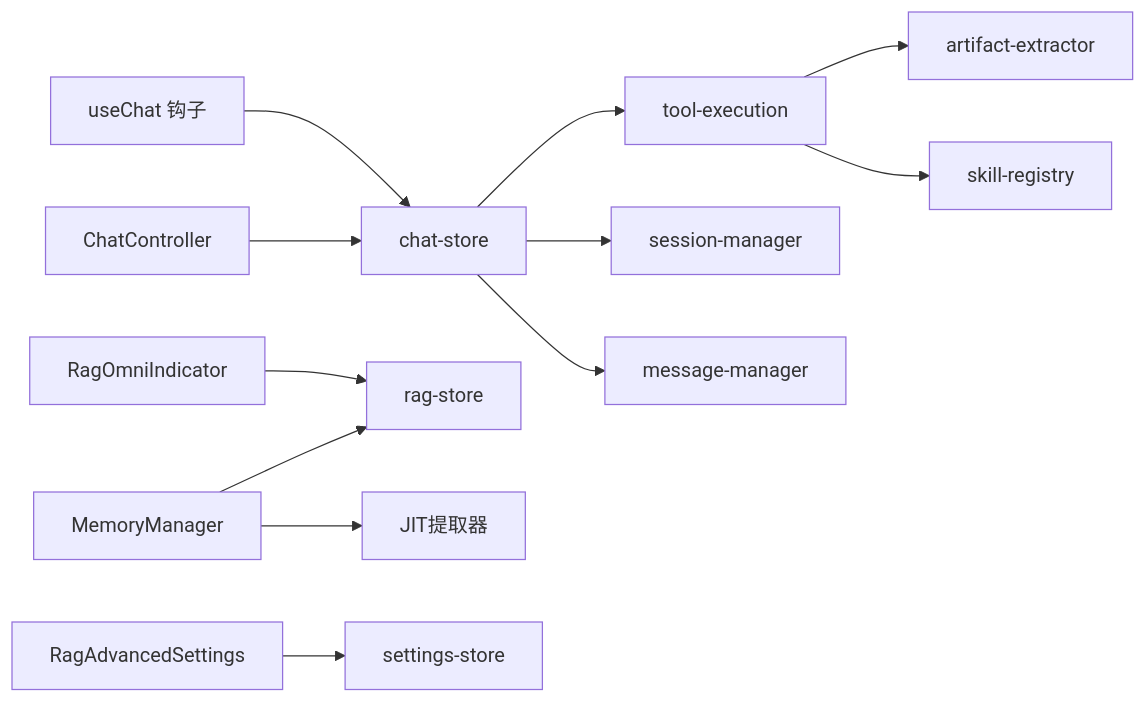
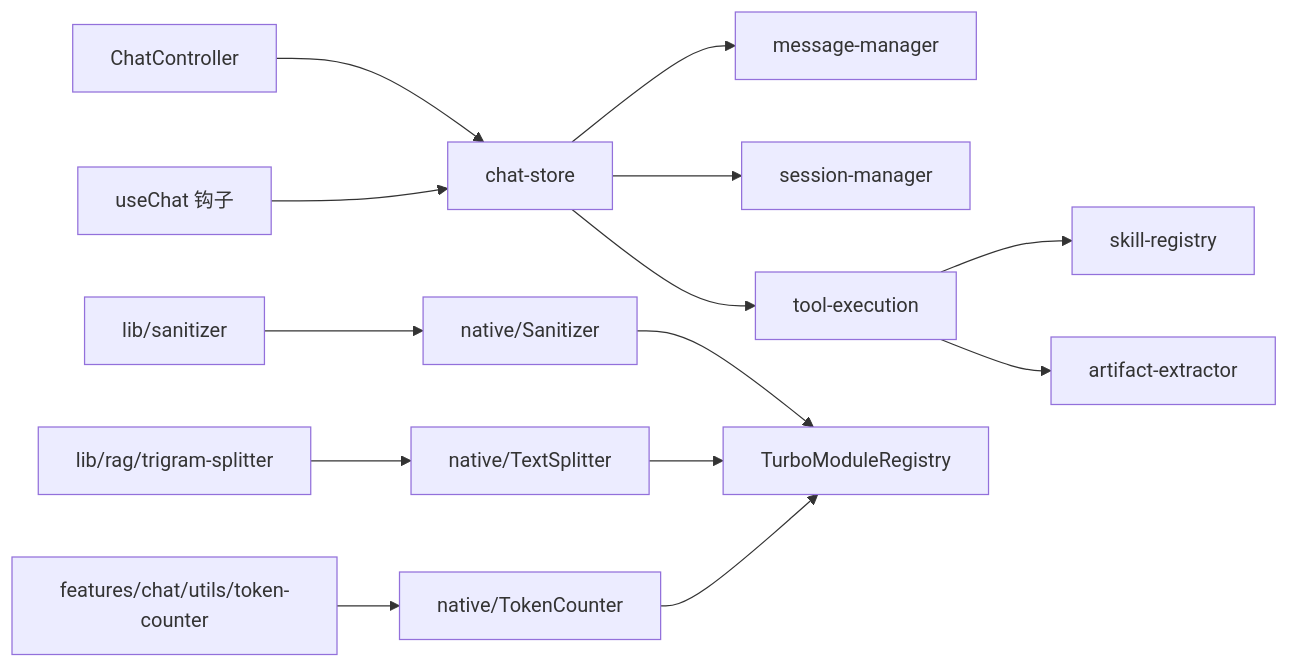
Diagram 21 of 21 in .qoder/repowiki/zh/content/聊天系统详解/聊天系统详解.md (NarcisWL/Nexara), drawn with Mermaid before and after one commit. The commit also changed other lines of this file and 5 other files, not shown here.

````diff
--- a/.qoder/repowiki/zh/content/聊天系统详解/聊天系统详解.md
+++ b/.qoder/repowiki/zh/content/聊天系统详解/聊天系统详解.md
@@ -468,14 +723,16 @@
 ```mermaid
 graph LR
 ChatController["ChatController"] --> ChatStore["chat-store"]
 ChatStore --> MsgMgr["message-manager"]
 ChatStore --> SessMgr["session-manager"]
 ChatStore --> ToolExec["tool-execution"]
 ToolExec --> SkillReg["skill-registry"]
 ToolExec --> ArtifactExt["artifact-extractor"]
 FE_Hook["useChat 钩子"] --> ChatStore
-RagOmniIndicator["RagOmniIndicator"] --> RagStore["rag-store"]
-RagAdvancedSettings["RagAdvancedSettings"] --> SettingsStore["settings-store"]
-MemoryManager["MemoryManager"] --> JIT["JIT提取器"]
-MemoryManager --> RagStore
+Sanitizer["lib/sanitizer"] --> NativeSanitizer["native/Sanitizer"]
+TextSplitter["lib/rag/trigram-splitter"] --> NativeTextSplitter["native/TextSplitter"]
+TokenCounter["features/chat/utils/token-counter"] --> NativeTokenCounter["native/TokenCounter"]
+NativeSanitizer --> TurboModule["TurboModuleRegistry"]
+NativeTextSplitter --> TurboModule
+NativeTokenCounter --> TurboModule
 ```
````
